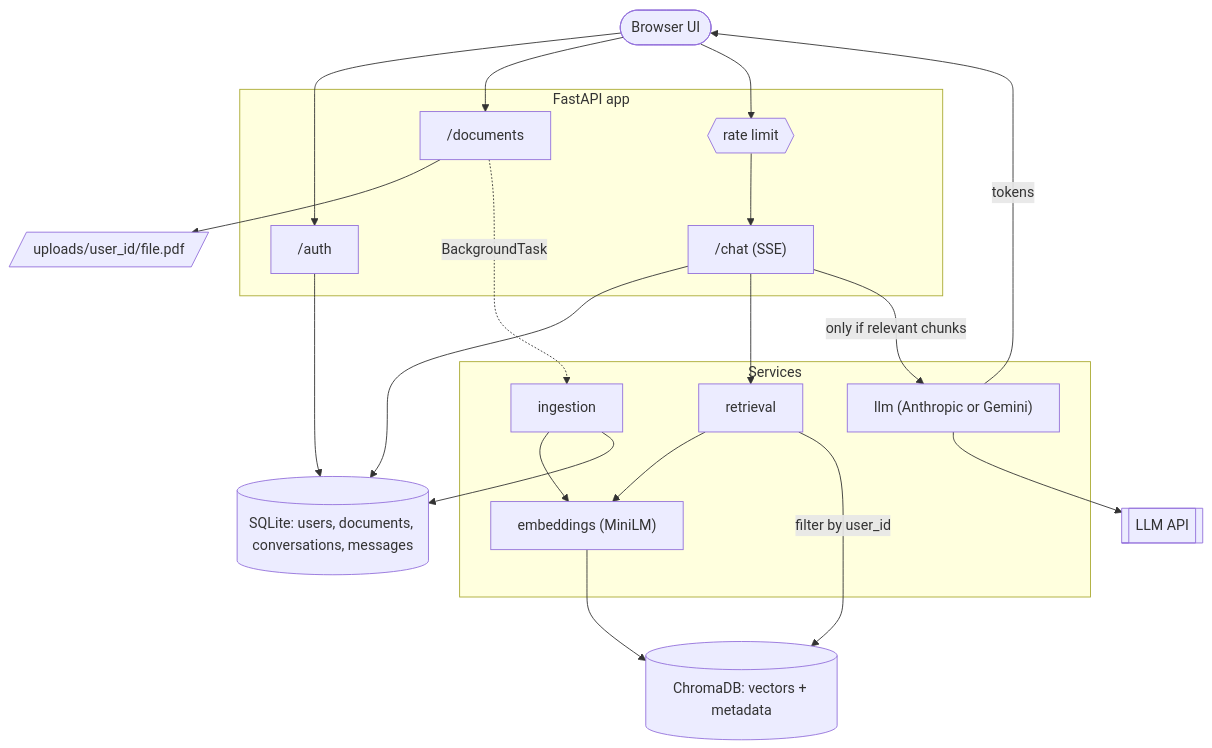
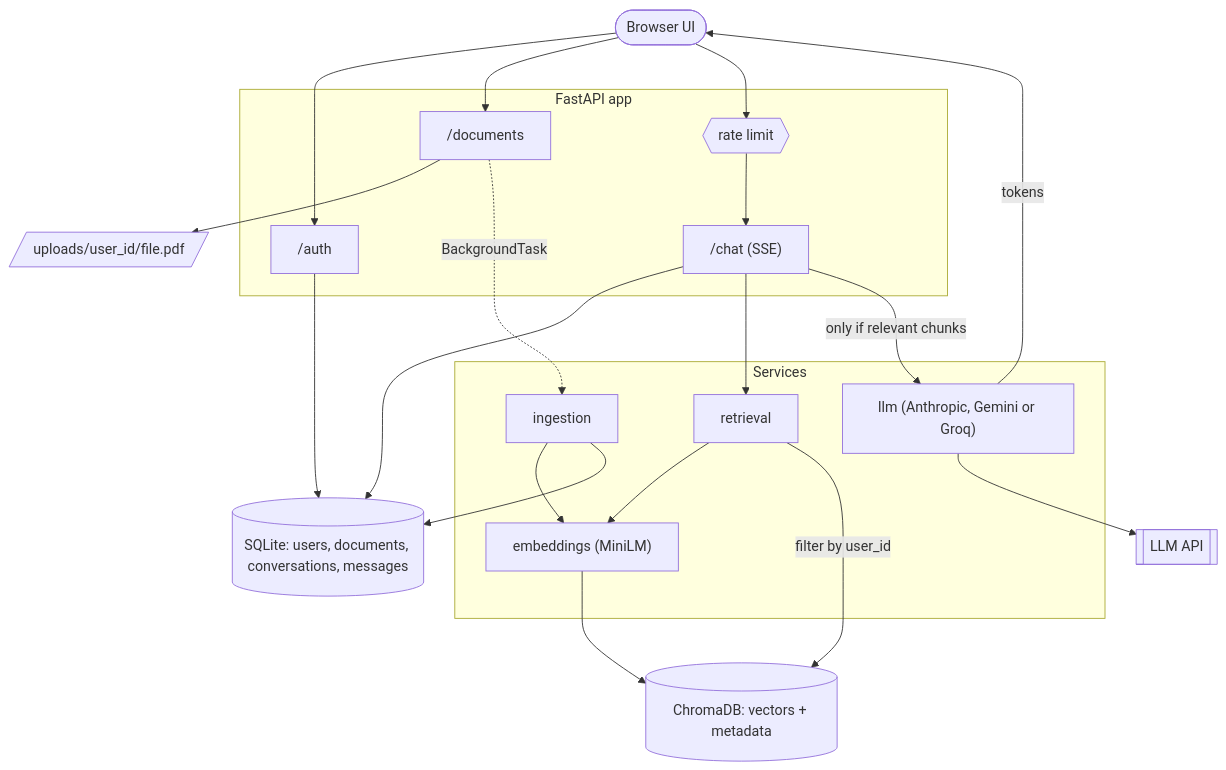
The first of 3 diagrams in docs/PROJECT_GUIDE.md (Sushilweace/docs-chat), drawn with Mermaid before and after one commit. The commit also changed other lines of this file and 25 other files, not shown here.

````diff
--- a/docs/PROJECT_GUIDE.md
+++ b/docs/PROJECT_GUIDE.md
@@ -127,35 +127,35 @@
 ```mermaid
 flowchart TD
     Client([Browser UI])
 
     subgraph API["FastAPI app"]
         Auth["/auth"]
         Docs["/documents"]
         Chat["/chat (SSE)"]
         RL{{"rate limit"}}
     end
 
     subgraph Services
         Ing["ingestion"]
         Ret["retrieval"]
-        LLM["llm (Anthropic or Gemini)"]
+        LLM["llm (Anthropic, Gemini or Groq)"]
         Emb["embeddings (MiniLM)"]
     end
 
     SQL[("SQLite: users, documents, conversations, messages")]
     Chroma[("ChromaDB: vectors + metadata")]
     Files[/"uploads/user_id/file.pdf"/]
     Model[["LLM API"]]
 
     Client --> Auth --> SQL
     Client --> Docs --> Files
     Docs -.->|BackgroundTask| Ing
     Ing --> Emb --> Chroma
     Ing --> SQL
     Client --> RL --> Chat
     Chat --> SQL
     Chat --> Ret --> Emb
     Ret -->|filter by user_id| Chroma
     Chat -->|only if relevant chunks| LLM --> Model
     LLM -->|tokens| Client
 ```
````
